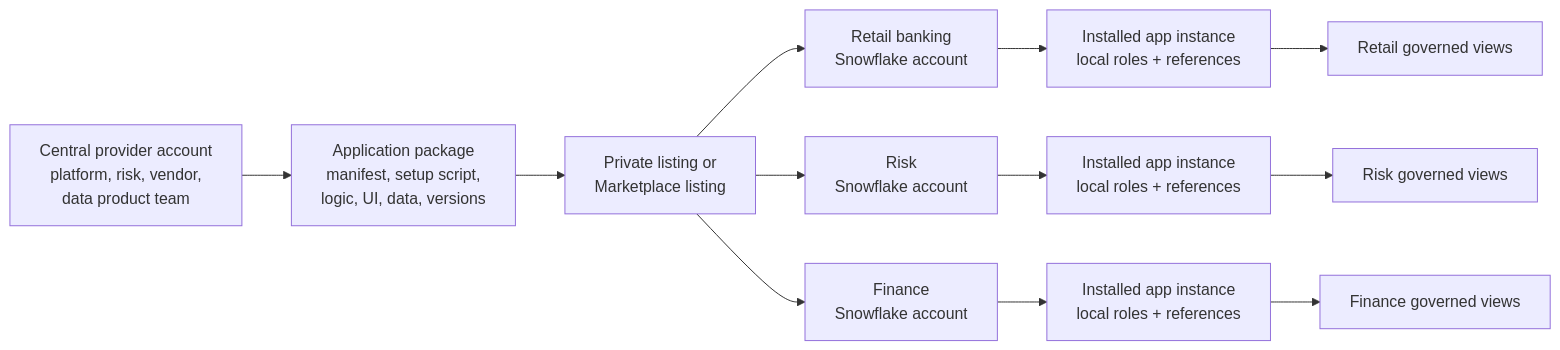
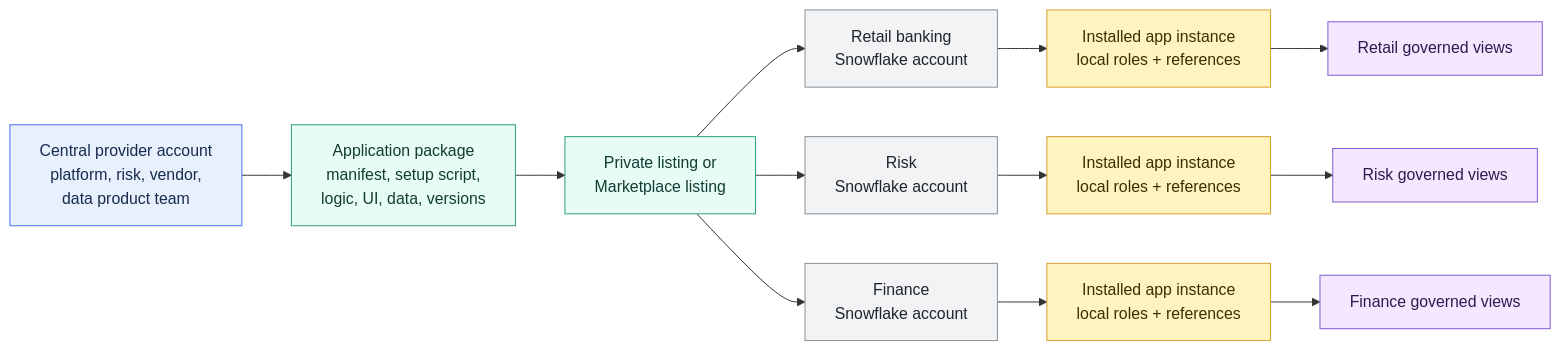
One commit to shonningsoy/Upskill changed the diagram in 01 Snowflake/07 Ecosystem and Integration/51 Native Apps Framework.md. Above: the diagram before and after it, drawn with Mermaid. The commit also changed other lines of this file and 4 other files, not shown here.

````diff
--- a/01 Snowflake/07 Ecosystem and Integration/51 Native Apps Framework.md
+++ b/01 Snowflake/07 Ecosystem and Integration/51 Native Apps Framework.md
@@ -91,14 +94,25 @@
 ```mermaid
 flowchart LR
     PROVIDER["Central provider account<br/>platform, risk, vendor,<br/>data product team"] --> PACKAGE["Application package<br/>manifest, setup script,<br/>logic, UI, data, versions"]
     PACKAGE --> LISTING["Private listing or<br/>Marketplace listing"]
     LISTING --> RETAIL["Retail banking<br/>Snowflake account"]
     LISTING --> RISK["Risk<br/>Snowflake account"]
     LISTING --> FINANCE["Finance<br/>Snowflake account"]
     RETAIL --> RAPP["Installed app instance<br/>local roles + references"]
     RISK --> KAPP["Installed app instance<br/>local roles + references"]
     FINANCE --> FAPP["Installed app instance<br/>local roles + references"]
     RAPP --> RVIEWS["Retail governed views"]
     KAPP --> KVIEWS["Risk governed views"]
     FAPP --> FVIEWS["Finance governed views"]
+
+    classDef input fill:#E8F0FE,stroke:#4C6EF5,color:#172B4D
+    classDef control fill:#FFF3BF,stroke:#D69E2E,color:#3D2E00
+    classDef snowflake fill:#E6FCF5,stroke:#2F9E7B,color:#123C34
+    classDef platform fill:#F1F3F5,stroke:#868E96,color:#212529
+    classDef output fill:#F3E8FF,stroke:#805AD5,color:#2D1B4E
+    class PROVIDER input
+    class PACKAGE,LISTING snowflake
+    class RETAIL,RISK,FINANCE platform
+    class RAPP,KAPP,FAPP control
+    class RVIEWS,KVIEWS,FVIEWS output
 ```
````
